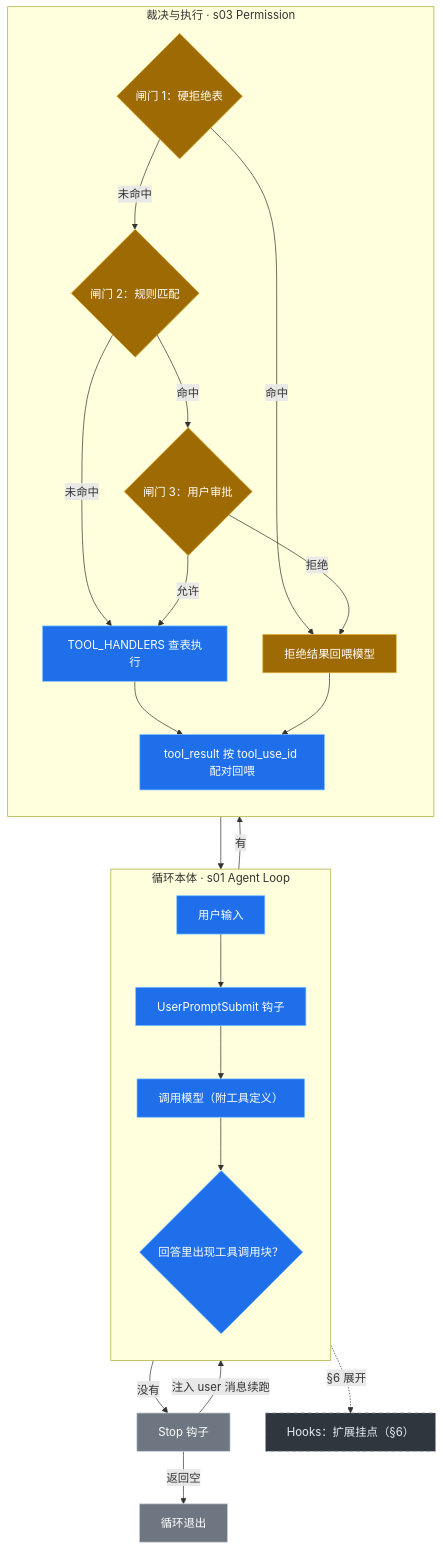
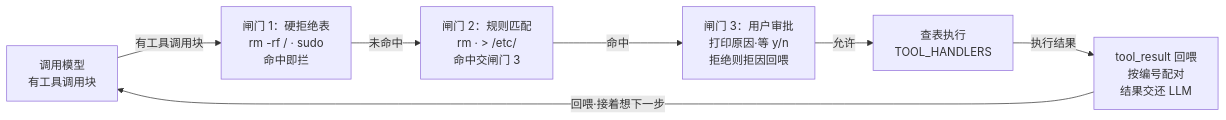
Before and after one commit to ThreeFish-AI/negentropy: the diagram in docs/assets/mermaid/agent-harness/lcc-tooling--loop-with-gates.mmd, drawn with Mermaid. The commit also changed 46 other files, not shown here.

First line of the commit message:
docs(lcc-tooling): 171 五图视觉优化——统一顺时针回环网格（architecture 型）;

```diff
--- a/docs/assets/mermaid/agent-harness/lcc-tooling--loop-with-gates.mmd
+++ b/docs/assets/mermaid/agent-harness/lcc-tooling--loop-with-gates.mmd
@@ -1,44 +1,14 @@
 %% source: docs/research/agent-harness/171-claude-code-tooling-execution.md（§5 Permission · 渐进图 L3）
 %% slug: lcc-tooling--loop-with-gates
 %% type: architecture
-%% derived: 渐进披露系列（2026-10-10）：执行前展开三道闸门链（硬拒绝 → 规则匹配 → 用户审批；拒绝结果回喂）
+%% derived: 渐进披露系列（2026-10-10）：执行前展开三道闸门链（硬拒绝 → 规则匹配 → 用户审批；拒绝结果经 tag 承载）；2026-10-12 视觉优化轮——五图统一顺时针回环网格，节点/边/文案与前版逐字一致
 %% note: PreToolUse 钩子为 §6 内容，本图未含——§6 终态图中闸门链将降格为挂在 PreToolUse 下的回调
-flowchart TD
-    subgraph LOOP["循环本体 · s01 Agent Loop"]
-        direction TB
-        P["用户输入"] --> UPS["UserPromptSubmit 钩子"]
-        UPS --> LLM["调用模型（附工具定义）"]
-        LLM --> CRIT{"回答里出现工具调用块？"}
-    end
-
-    subgraph SAFE["裁决与执行 · s03 Permission"]
-        direction TB
-        G1{"闸门 1：硬拒绝表"}
-        G1 -- "命中" --> DENY["拒绝结果回喂模型"]
-        G1 -- "未命中" --> G2{"闸门 2：规则匹配"}
-        G2 -- "未命中" --> RUN["TOOL_HANDLERS 查表执行"]
-        G2 -- "命中" --> G3{"闸门 3：用户审批"}
-        G3 -- "拒绝" --> DENY
-        G3 -- "允许" --> RUN
-        RUN --> TR["tool_result 按 tool_use_id 配对回喂"]
-        DENY --> TR
-    end
-
-    CRIT -- "有" --> G1
-    TR --> LLM
-    CRIT -- "没有" --> STOP["Stop 钩子"]
-    STOP -- "注入 user 消息续跑" --> LLM
-    STOP -- "返回空" --> DONE["循环退出"]
-
-    HOOKS["Hooks：扩展挂点（§6）"]
-    LOOP -. "§6 展开" .-> HOOKS
-
-    classDef loopnode fill:#1f6feb,stroke:#79c0ff,color:#ffffff
-    classDef safenode fill:#238636,stroke:#7ee787,color:#ffffff
-    classDef gatenode fill:#9e6a03,stroke:#e3b341,color:#ffffff
-    classDef endnode fill:#6e7681,stroke:#c9d1d9,color:#ffffff
-    classDef placeholder fill:#30363d,stroke:#8b949e,color:#e6edf3,stroke-dasharray: 5 5
-    class P,UPS,LLM,CRIT,RUN,TR loopnode
-    class G1,G2,G3,DENY gatenode
-    class STOP,DONE endnode
-    class HOOKS placeholder
+%% grid: think=(r0,c2) g1=(r1,c3) g2=(r1,c4) g3=(r1,c5) run=(r2,c5) feed=(r2,c2)；槽位跨级不变，详见 docs/diagrams/lcc-tooling--loop-with-gates/lcc-tooling--loop-with-gates.json
+flowchart LR
+    THINK["调用模型<br/>有工具调用块"]
+    THINK -- "有工具调用块" --> G1["闸门 1：硬拒绝表<br/>rm -rf / · sudo<br/>命中即拦"]
+    G1 -- "未命中" --> G2["闸门 2：规则匹配<br/>rm · > /etc/<br/>命中交闸门 3"]
+    G2 -- "命中" --> G3["闸门 3：用户审批<br/>打印原因·等 y/n<br/>拒绝则拒因回喂"]
+    G3 -- "允许" --> RUN["查表执行<br/>TOOL_HANDLERS"]
+    RUN -- "执行结果" --> FEED["tool_result 回喂<br/>按编号配对<br/>结果交还 LLM"]
+    FEED -- "回喂·接着想下一步" --> THINK
```
